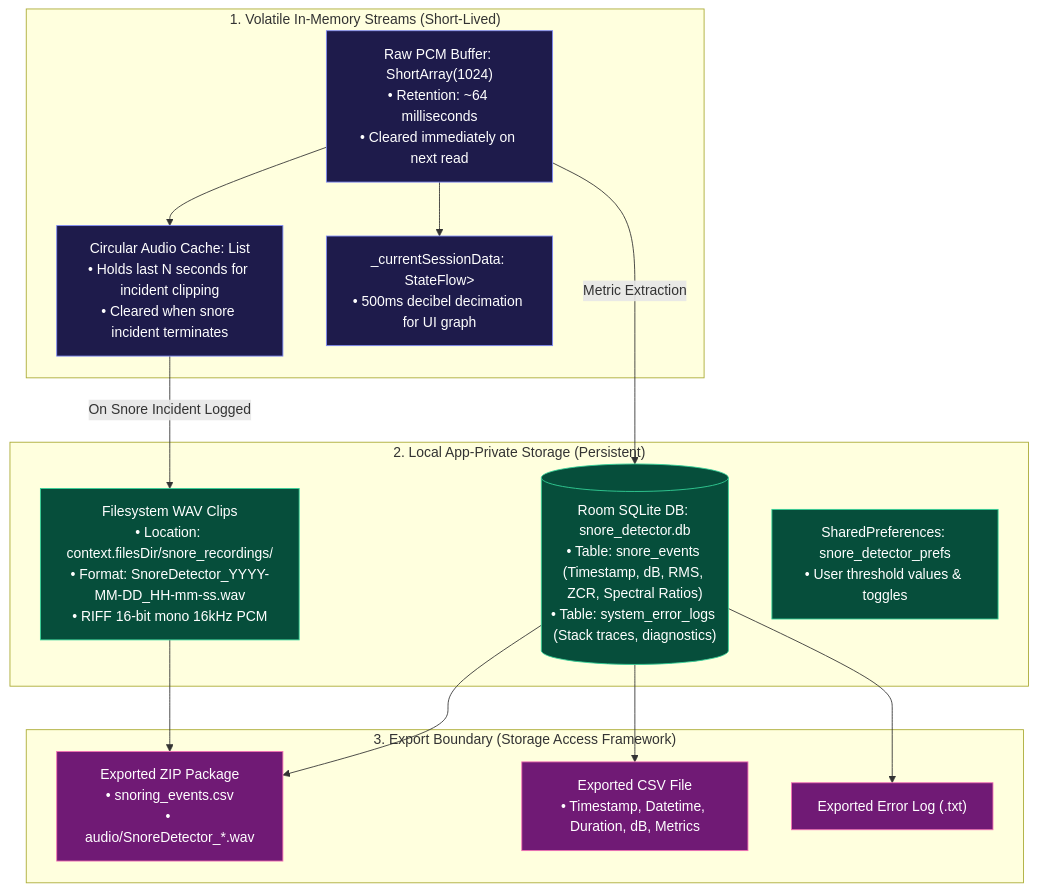
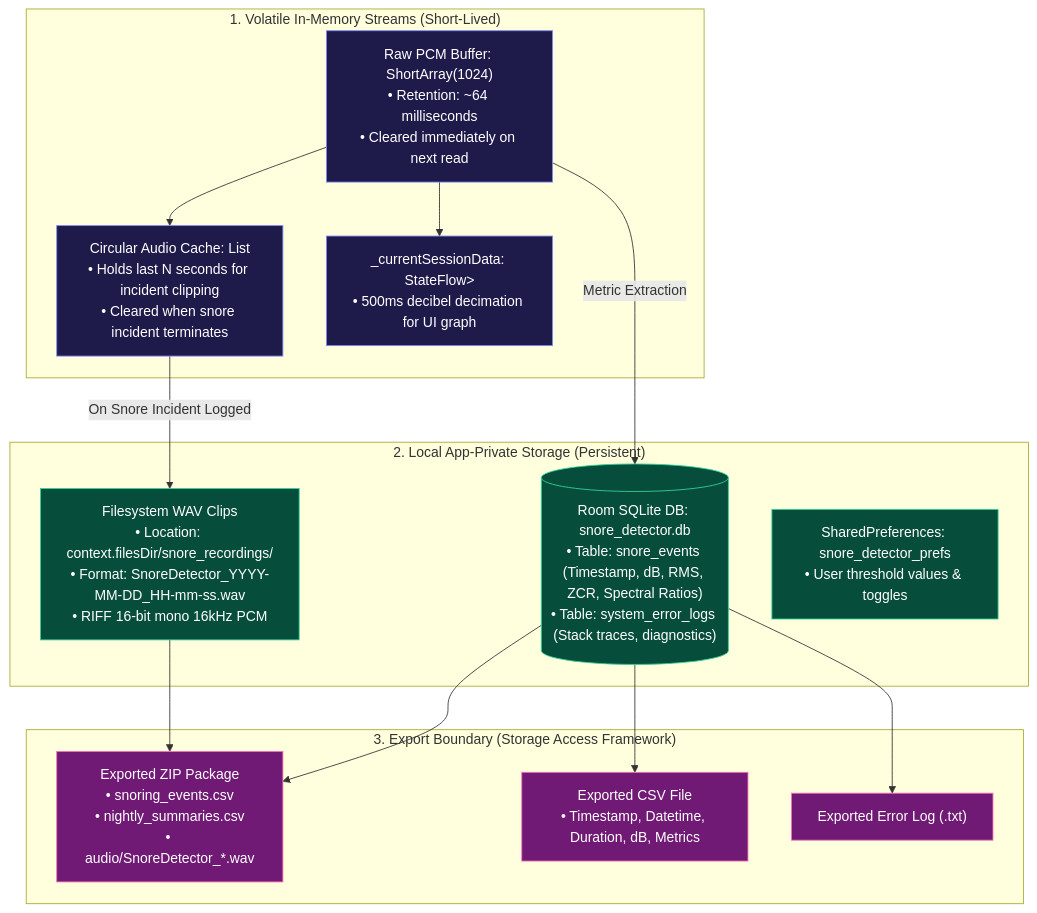
Before and after one commit to elgrande73/FOSS-snore-detector-android-app: the seventh of 10 diagrams in ARCHITECTURE.md, drawn with Mermaid. The commit also changed other lines of this file and 22 other files, not shown here.

First line of the commit message:
Add nightly snore score, sessions and trend statistics

````diff
--- a/ARCHITECTURE.md
+++ b/ARCHITECTURE.md
@@ -372,37 +376,37 @@
 ```mermaid
 graph TD
     subgraph Volatile_Memory ["1. Volatile In-Memory Streams (Short-Lived)"]
         PCM_Buffer["Raw PCM Buffer: ShortArray(1024)<br/>• Retention: ~64 milliseconds<br/>• Cleared immediately on next read"]
         Recent_Frames["Circular Audio Cache: List<ShortArray><br/>• Holds last N seconds for incident clipping<br/>• Cleared when snore incident terminates"]
         Live_Timeline["_currentSessionData: StateFlow<List<AmplitudePoint>><br/>• 500ms decibel decimation for UI graph"]
     end
 
     subgraph Persistent_Storage ["2. Local App-Private Storage (Persistent)"]
         Room_DB[("Room SQLite DB: snore_detector.db<br/>• Table: snore_events (Timestamp, dB, RMS, ZCR, Spectral Ratios)<br/>• Table: system_error_logs (Stack traces, diagnostics)")]
         WAV_Files["Filesystem WAV Clips<br/>• Location: context.filesDir/snore_recordings/<br/>• Format: SnoreDetector_YYYY-MM-DD_HH-mm-ss.wav<br/>• RIFF 16-bit mono 16kHz PCM"]
         Prefs["SharedPreferences: snore_detector_prefs<br/>• User threshold values & toggles"]
     end
 
     subgraph Export_Boundary ["3. Export Boundary (Storage Access Framework)"]
-        ZIP_Archive["Exported ZIP Package<br/>• snoring_events.csv<br/>• audio/SnoreDetector_*.wav"]
+        ZIP_Archive["Exported ZIP Package<br/>• snoring_events.csv<br/>• nightly_summaries.csv<br/>• audio/SnoreDetector_*.wav"]
         CSV_File["Exported CSV File<br/>• Timestamp, Datetime, Duration, dB, Metrics"]
         TXT_Log["Exported Error Log (.txt)"]
     end
 
     PCM_Buffer --> Recent_Frames
     PCM_Buffer --> Live_Timeline
     Recent_Frames -->|On Snore Incident Logged| WAV_Files
     PCM_Buffer -->|Metric Extraction| Room_DB
     
     Room_DB --> ZIP_Archive & CSV_File
     WAV_Files --> ZIP_Archive
     Room_DB --> TXT_Log
 
     classDef vol fill:#1e1b4b,stroke:#818cf8,color:#fff;
     classDef per fill:#064e3b,stroke:#34d399,color:#fff;
     classDef exp fill:#701a75,stroke:#f472b6,color:#fff;
     
     class PCM_Buffer,Recent_Frames,Live_Timeline vol;
     class Room_DB,WAV_Files,Prefs per;
     class ZIP_Archive,CSV_File,TXT_Log exp;
 ```
````
